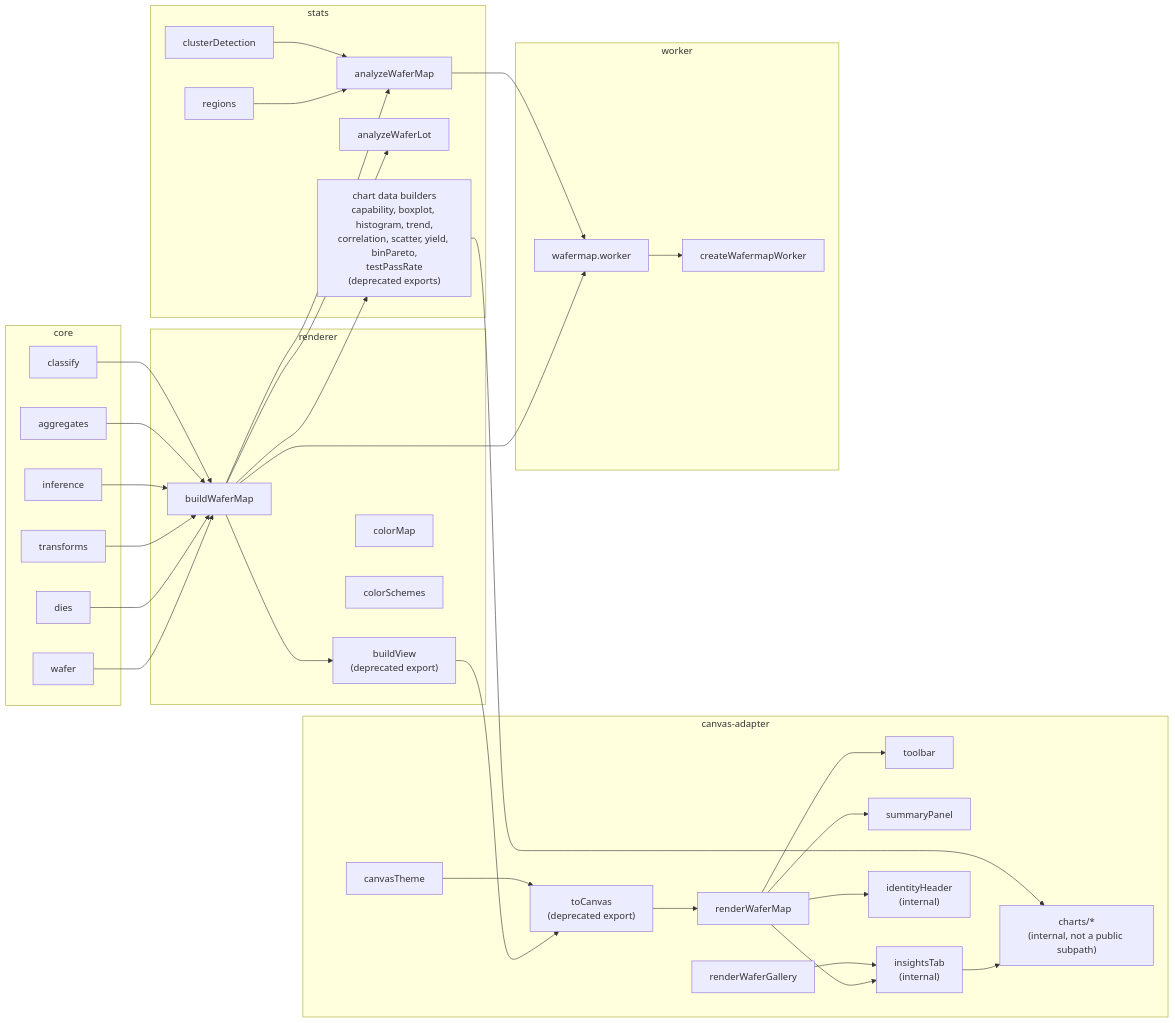
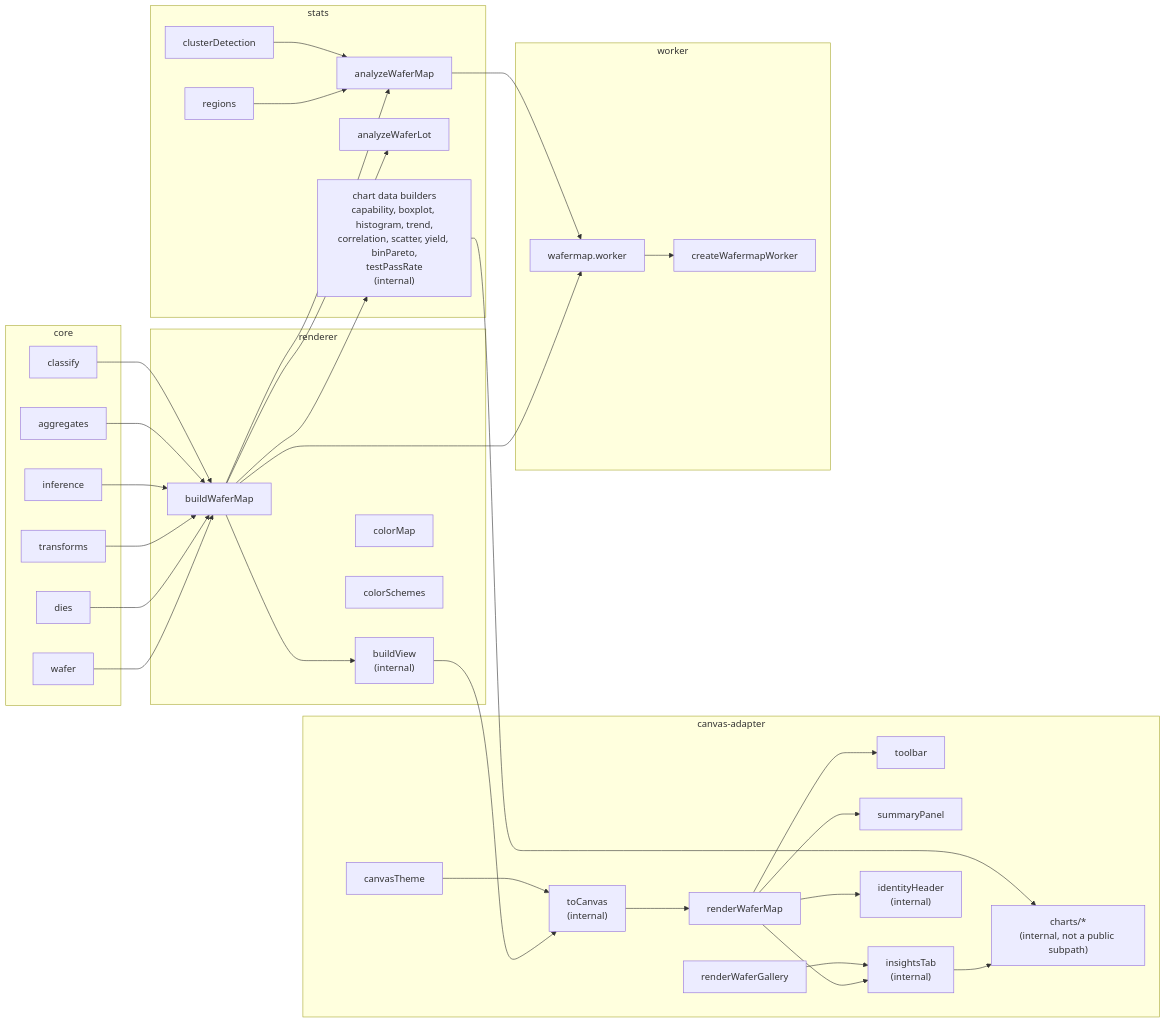
Before and after one commit to wafertools/wafermap: the second of 5 diagrams in docs/architecture.md, drawn with Mermaid. The commit also changed other lines of this file and 91 other files, not shown here.

````diff
--- a/docs/architecture.md
+++ b/docs/architecture.md
@@ -59,72 +59,72 @@
 ```mermaid
 graph LR
     subgraph Core[core]
         core1["wafer"]
         core2["dies"]
         core3["transforms"]
         core4["inference"]
         core5["aggregates"]
         core6["classify"]
     end
 
     subgraph Renderer[renderer]
         r1["buildWaferMap"]
-        r2["buildView<br/>(deprecated export)"]
+        r2["buildView<br/>(internal)"]
         r3["colorMap"]
         r4["colorSchemes"]
     end
 
     subgraph Canvas[canvas-adapter]
         c1["renderWaferMap"]
         c2["renderWaferGallery"]
-        c3["toCanvas<br/>(deprecated export)"]
+        c3["toCanvas<br/>(internal)"]
         c4["toolbar"]
         c5["summaryPanel"]
         c6["canvasTheme"]
         c7["insightsTab<br/>(internal)"]
         c8["charts/*<br/>(internal, not a public subpath)"]
         c9["identityHeader<br/>(internal)"]
     end
 
     subgraph Stats[stats]
         s1["analyzeWaferMap"]
         s2["analyzeWaferLot"]
         s3["regions"]
         s4["clusterDetection"]
-        s5["chart data builders<br/>capability, boxplot, histogram, trend,<br/>correlation, scatter, yield, binPareto,<br/>testPassRate<br/>(deprecated exports)"]
+        s5["chart data builders<br/>capability, boxplot, histogram, trend,<br/>correlation, scatter, yield, binPareto,<br/>testPassRate<br/>(internal)"]
     end
 
     subgraph Worker[worker]
         w1["wafermap.worker"]
         w2["createWafermapWorker"]
     end
 
     core1 --> r1
     core2 --> r1
     core3 --> r1
     core4 --> r1
     core5 --> r1
     core6 --> r1
 
     r1 --> r2
     r2 --> c3
     c6 --> c3
     c3 --> c1
     c1 --> c4
     c1 --> c5
     c1 --> c7
     c2 --> c7
     c7 --> c8
     s5 --> c8
     c1 --> c9
 
     r1 --> s1
     r1 --> s2
     r1 --> s5
     s3 --> s1
     s4 --> s1
 
     r1 --> w1
     s1 --> w1
     w1 --> w2
 ```
````
